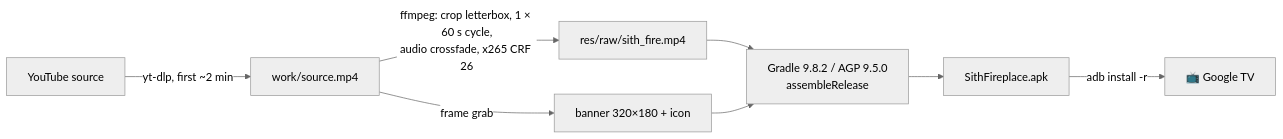
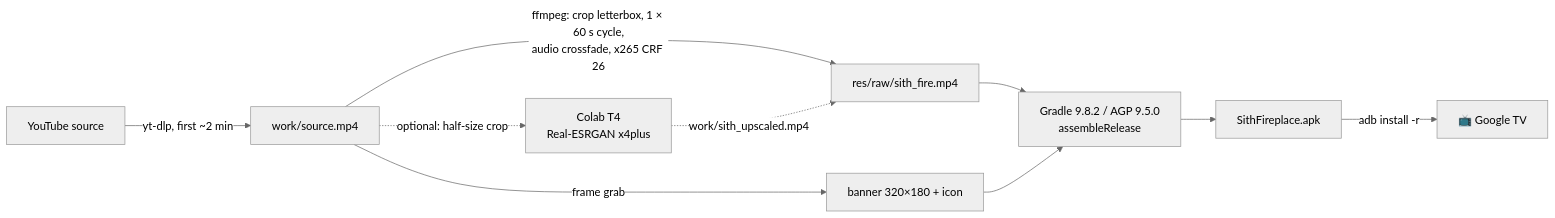
Before and after one commit to crash101g/sith-fireplace-tv: the diagram in README.md, drawn with Mermaid (neutral theme). The commit also changed other lines of this file and 3 other files, not shown here.

First line of the commit message:
Add optional AI upscaling with Real-ESRGAN on free Colab

````diff
--- a/README.md
+++ b/README.md
@@ -143,10 +168,12 @@
 ```mermaid
 flowchart LR
     A[YouTube source] -->|yt-dlp, first ~2 min| B[work/source.mp4]
     B -->|ffmpeg: crop letterbox, 1 × 60 s cycle,<br/>audio crossfade, x265 CRF 26| C[res/raw/sith_fire.mp4]
+    B -.->|optional: half-size crop| U[Colab T4<br/>Real-ESRGAN x4plus]
+    U -.->|work/sith_upscaled.mp4| C
     B -->|frame grab| D[banner 320×180 + icon]
     C --> E[Gradle 9.8.2 / AGP 9.5.0<br/>assembleRelease]
     D --> E
     E --> F[SithFireplace.apk]
     F -->|adb install -r| G[📺 Google TV]
 ```
````
